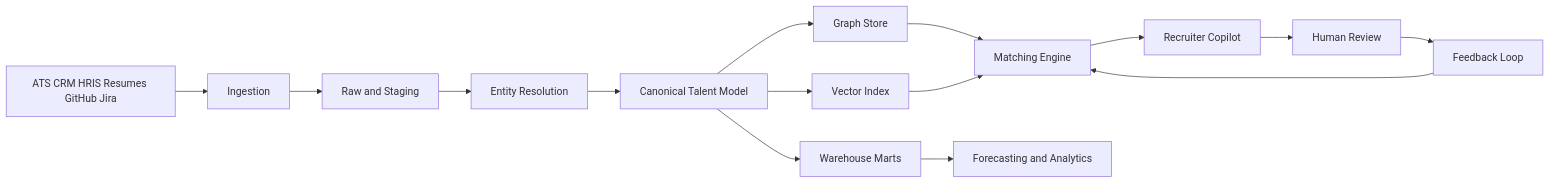
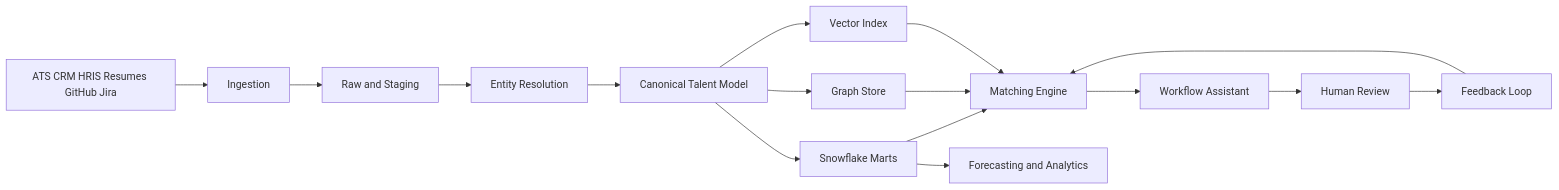
Before and after one commit to yghias/it-staffing-operating-system: the diagram in docs/ARCHITECTURE.md, drawn with Mermaid. The commit also changed other lines of this file and 28 other files, not shown here.

````diff
--- a/docs/ARCHITECTURE.md
+++ b/docs/ARCHITECTURE.md
@@ -52,17 +53,18 @@
 ```mermaid
 flowchart LR
     A[ATS CRM HRIS Resumes GitHub Jira] --> B[Ingestion]
     B --> C[Raw and Staging]
     C --> D[Entity Resolution]
     D --> E[Canonical Talent Model]
-    E --> F[Graph Store]
-    E --> G[Warehouse Marts]
+    E --> F[Snowflake Marts]
+    E --> G[Graph Store]
     E --> H[Vector Index]
     F --> I[Matching Engine]
+    G --> I
     H --> I
-    G --> J[Forecasting and Analytics]
-    I --> K[Recruiter Copilot]
+    F --> J[Forecasting and Analytics]
+    I --> K[Workflow Assistant]
     K --> L[Human Review]
     L --> M[Feedback Loop]
     M --> I
 ```
````
